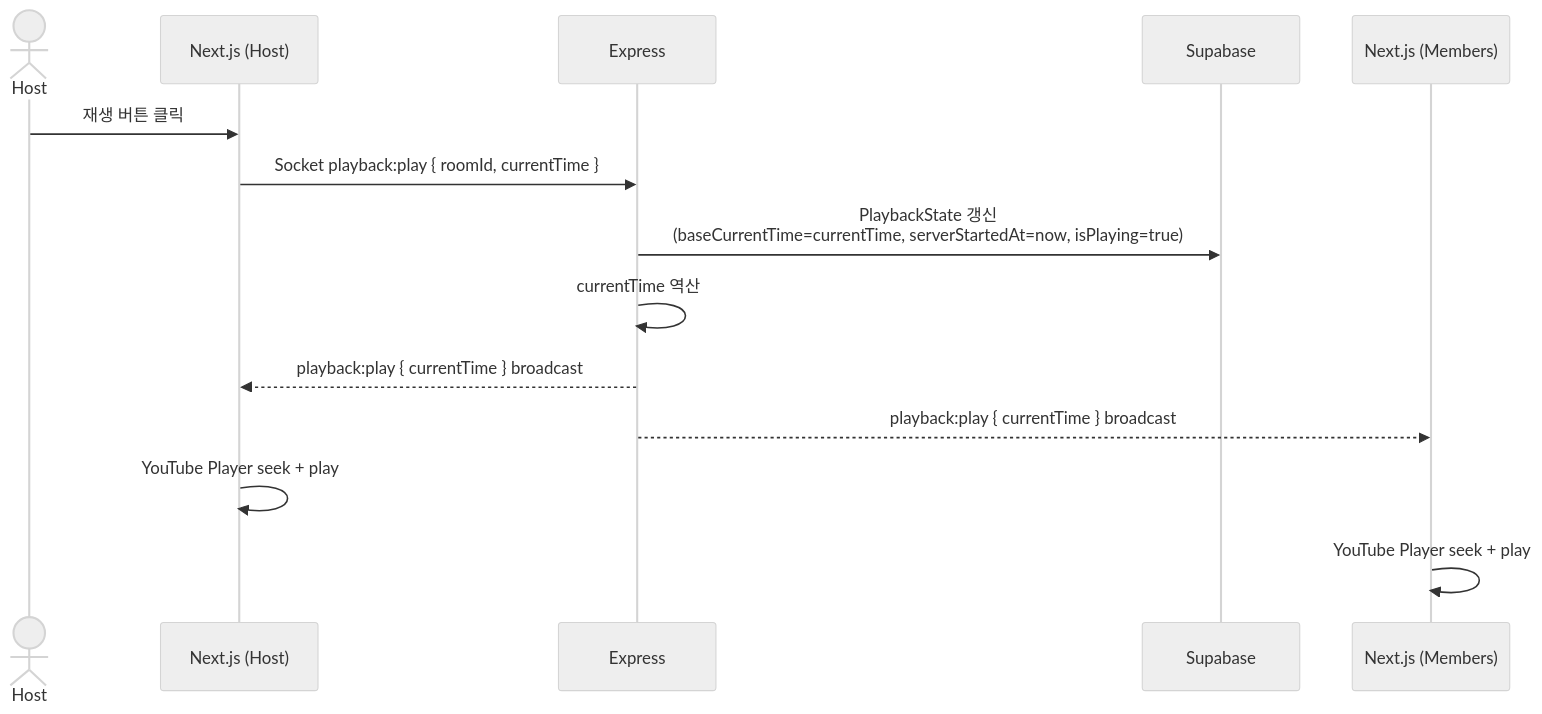
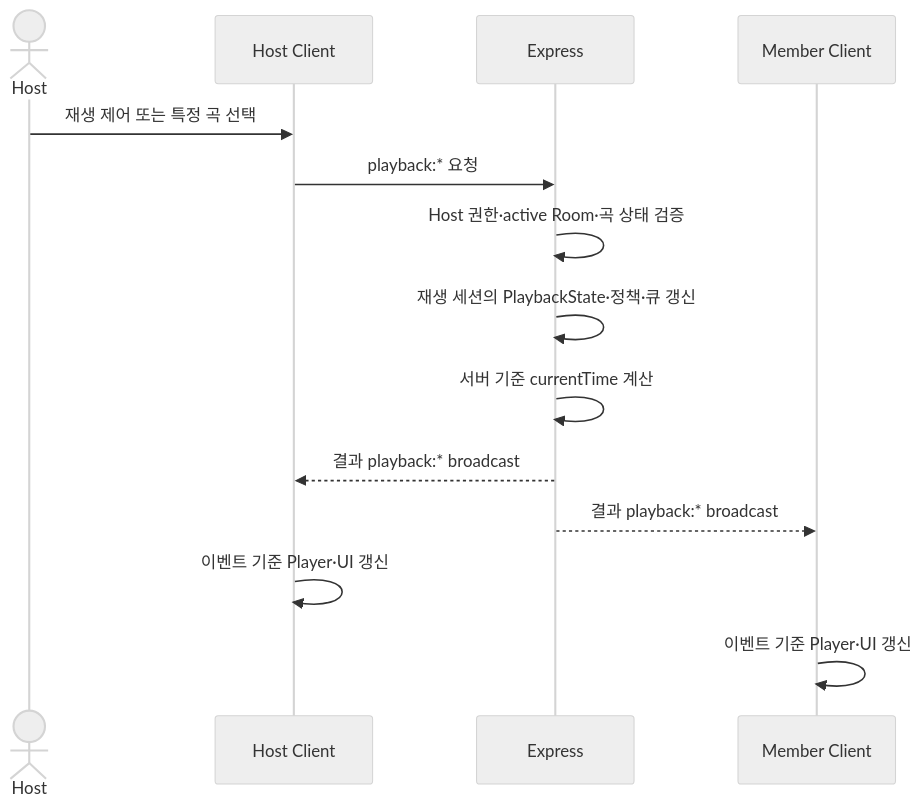
One commit to TechUP-SYFITY/SYFITY changed the first of 5 diagrams in docs/03-realtime-sync-design.md. Above: the diagram before and after it, drawn with Mermaid (neutral theme). The commit also changed other lines of this file and 11 other files, not shown here.

````diff
--- a/docs/03-realtime-sync-design.md
+++ b/docs/03-realtime-sync-design.md
@@ -71,17 +106,17 @@
 ```mermaid
 sequenceDiagram
     actor Host
-    participant FE_H as Next.js (Host)
+    participant FE_H as Host Client
     participant BE as Express
-    participant DB as Supabase
-    participant FE_M as Next.js (Members)
+    participant FE_M as Member Client
 
-    Host->>FE_H: 재생 버튼 클릭
-    FE_H->>BE: Socket playback:play { roomId, currentTime }
-    BE->>DB: PlaybackState 갱신<br>(baseCurrentTime=currentTime, serverStartedAt=now, isPlaying=true)
-    BE->>BE: currentTime 역산
-    BE-->>FE_H: playback:play { currentTime } broadcast
-    BE-->>FE_M: playback:play { currentTime } broadcast
-    FE_H->>FE_H: YouTube Player seek + play
-    FE_M->>FE_M: YouTube Player seek + play
+    Host->>FE_H: 재생 제어 또는 특정 곡 선택
+    FE_H->>BE: playback:* 요청
+    BE->>BE: Host 권한·active Room·곡 상태 검증
+    BE->>BE: 재생 세션의 PlaybackState·정책·큐 갱신
+    BE->>BE: 서버 기준 currentTime 계산
+    BE-->>FE_H: 결과 playback:* broadcast
+    BE-->>FE_M: 결과 playback:* broadcast
+    FE_H->>FE_H: 이벤트 기준 Player·UI 갱신
+    FE_M->>FE_M: 이벤트 기준 Player·UI 갱신
 ```
````
